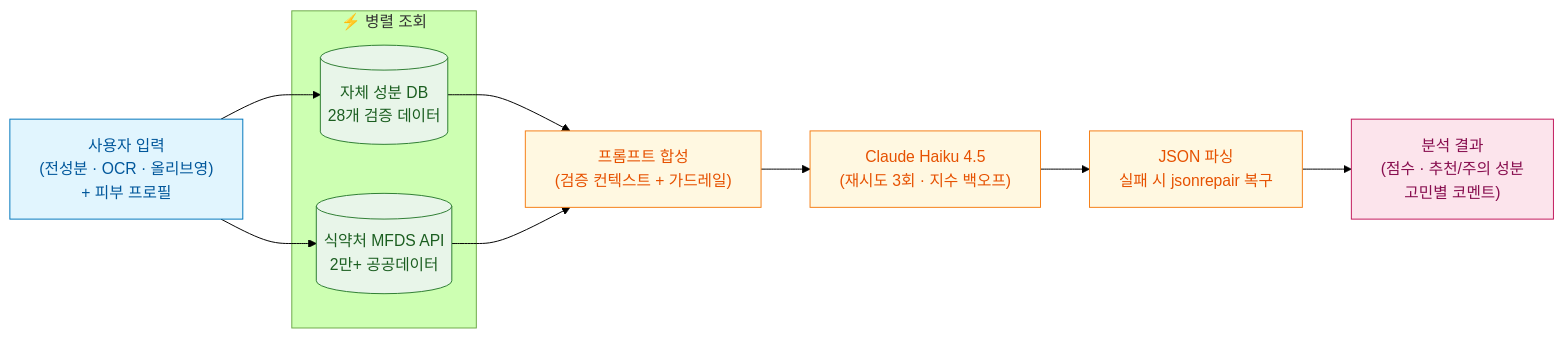
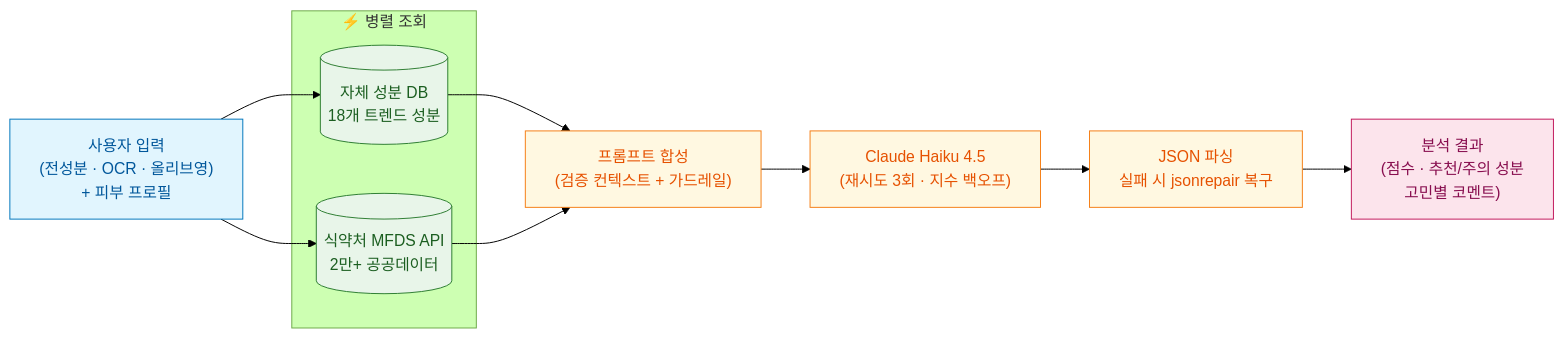
Before and after one commit to imjane72-lab/skindit: the second of 2 diagrams in PORTFOLIO.md, drawn with Mermaid (forest theme). The commit also changed other lines of this file, not shown here.

````diff
--- a/PORTFOLIO.md
+++ b/PORTFOLIO.md
@@ -130,23 +130,23 @@
 ```mermaid
 flowchart LR
     classDef input fill:#E1F5FE,stroke:#0277BD,color:#01579B
     classDef src fill:#E8F5E9,stroke:#2E7D32,color:#1B5E20
     classDef ai fill:#FFF8E1,stroke:#F57F17,color:#E65100
     classDef out fill:#FCE4EC,stroke:#C2185B,color:#880E4F
 
     IN["사용자 입력<br/>(전성분 · OCR · 올리브영)<br/>+ 피부 프로필"]:::input
 
     subgraph PARALLEL["⚡ 병렬 조회"]
-        SELF[("자체 성분 DB<br/>28개 검증 데이터")]:::src
+        SELF[("자체 성분 DB<br/>18개 트렌드 성분")]:::src
         MFDS[("식약처 MFDS API<br/>2만+ 공공데이터")]:::src
     end
 
     PROMPT["프롬프트 합성<br/>(검증 컨텍스트 + 가드레일)"]:::ai
     LLM["Claude Haiku 4.5<br/>(재시도 3회 · 지수 백오프)"]:::ai
     PARSE["JSON 파싱<br/>실패 시 jsonrepair 복구"]:::ai
 
     OUT["분석 결과<br/>(점수 · 추천/주의 성분<br/>고민별 코멘트)"]:::out
 
     IN --> SELF & MFDS
     SELF & MFDS --> PROMPT --> LLM --> PARSE --> OUT
 ```
````
